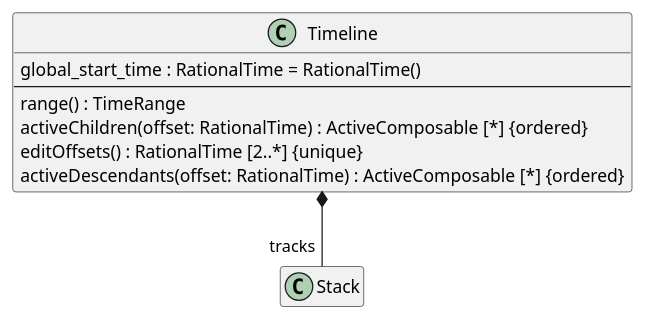
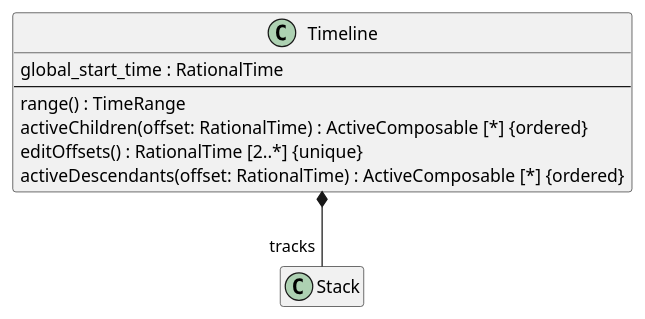
One commit to sandflow/otio-core-specification changed the fifth of 32 diagrams in src/main/md/otio-core.md. Above: the diagram before and after it, drawn with PlantUML. The commit also changed other lines of this file, not shown here.

````diff
--- a/src/main/md/otio-core.md
+++ b/src/main/md/otio-core.md
@@ -253,20 +251,20 @@
 ```puml
 @startuml
 hide empty members
 skinparam classAttributeIconSize 0
 
 class Timeline {
-  global_start_time : RationalTime = RationalTime()
+  global_start_time : RationalTime
   --
   range() : TimeRange
   activeChildren(offset: RationalTime) : ActiveComposable [*] {ordered}
   editOffsets() : RationalTime [2..*] {unique}
   activeDescendants(offset: RationalTime) : ActiveComposable [*] {ordered}
 }
 
 class Timeline
 
 Timeline *-- "tracks" Stack
 
 @enduml
 ```
````
